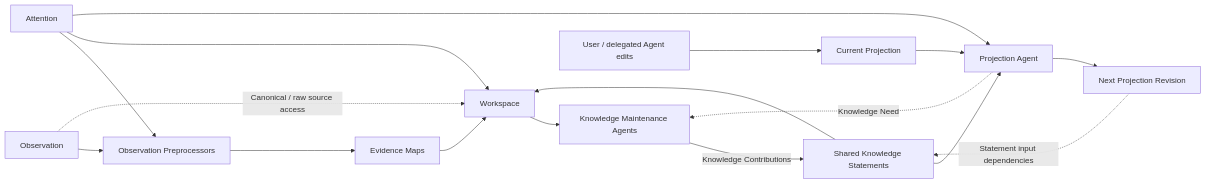
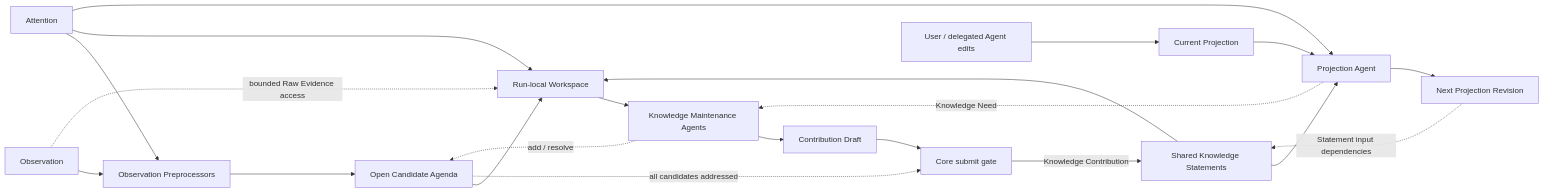
Before and after one commit to shore-x/oyster: the diagram in docs/architecture/knowledge-model-and-projection.md, drawn with Mermaid. The commit also changed other lines of this file and 45 other files, not shown here.

Commit message:
feat: make knowledge maintenance candidate-driven

````diff
--- a/docs/architecture/knowledge-model-and-projection.md
+++ b/docs/architecture/knowledge-model-and-projection.md
@@ -225,19 +224,23 @@
 ```mermaid
 flowchart LR
   O["Observation"] --> PP["Observation Preprocessors"]
-  PP --> E["Evidence Maps"]
+  PP --> CA["Open Candidate Agenda"]
   AT["Attention"] --> PP
-  E --> W["Workspace"]
-  O -. "Canonical / raw source access" .-> W
+  CA --> W["Run-local Workspace"]
+  O -. "bounded Raw Evidence access" .-> W
   K["Shared Knowledge Statements"] --> W
   AT --> W
   W --> KA["Knowledge Maintenance Agents"]
-  KA -->|"Knowledge Contributions"| K
+  KA -. "add / resolve" .-> CA
+  KA --> CD["Contribution Draft"]
+  CD --> SG["Core submit gate"]
+  CA -. "all candidates addressed" .-> SG
+  SG -->|"Knowledge Contribution"| K
   K --> PA["Projection Agent"]
   AT --> PA
   P["Current Projection"] --> PA
   PA --> PN["Next Projection Revision"]
   PN -. "Statement input dependencies" .-> K
   PA -. "Knowledge Need" .-> KA
   U["User / delegated Agent edits"] --> P
 ```
````
